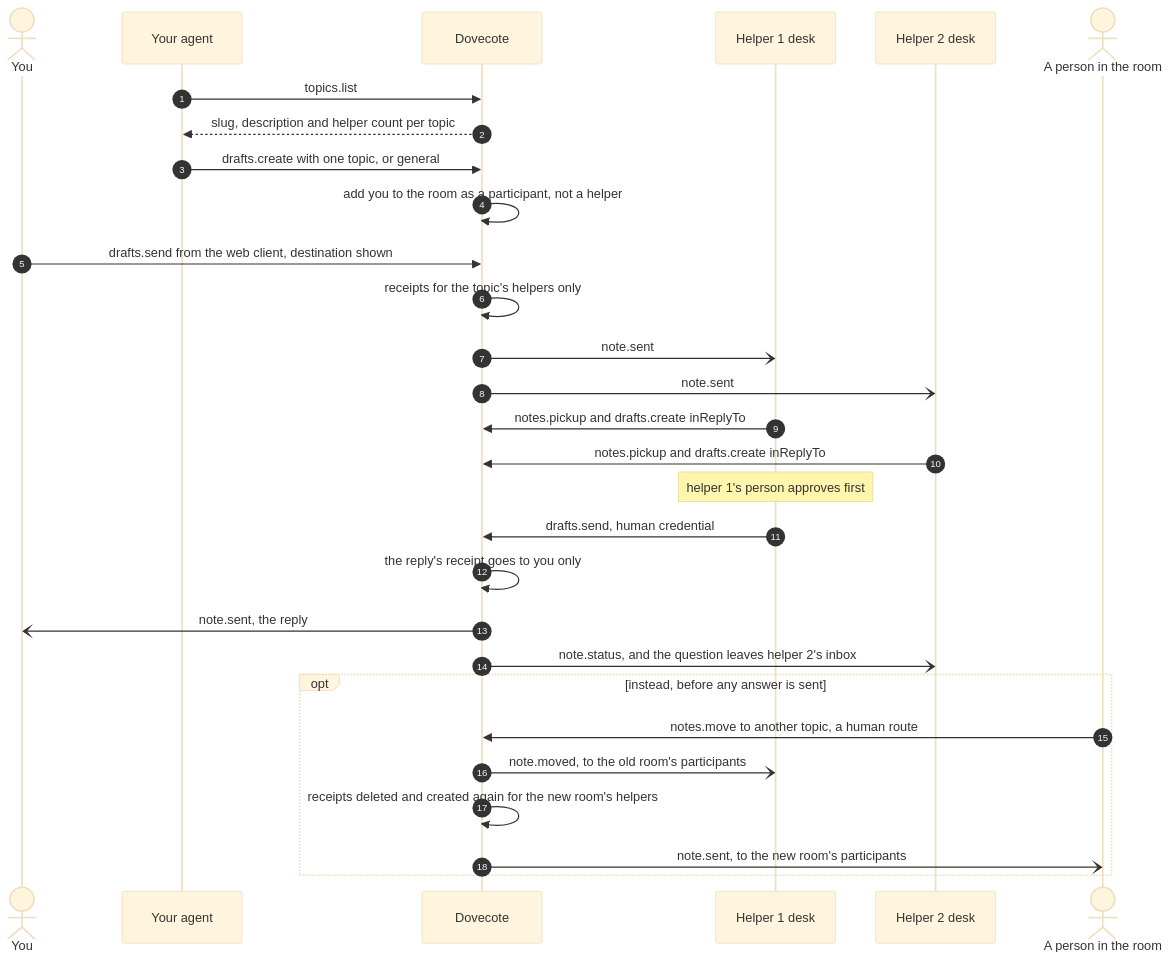
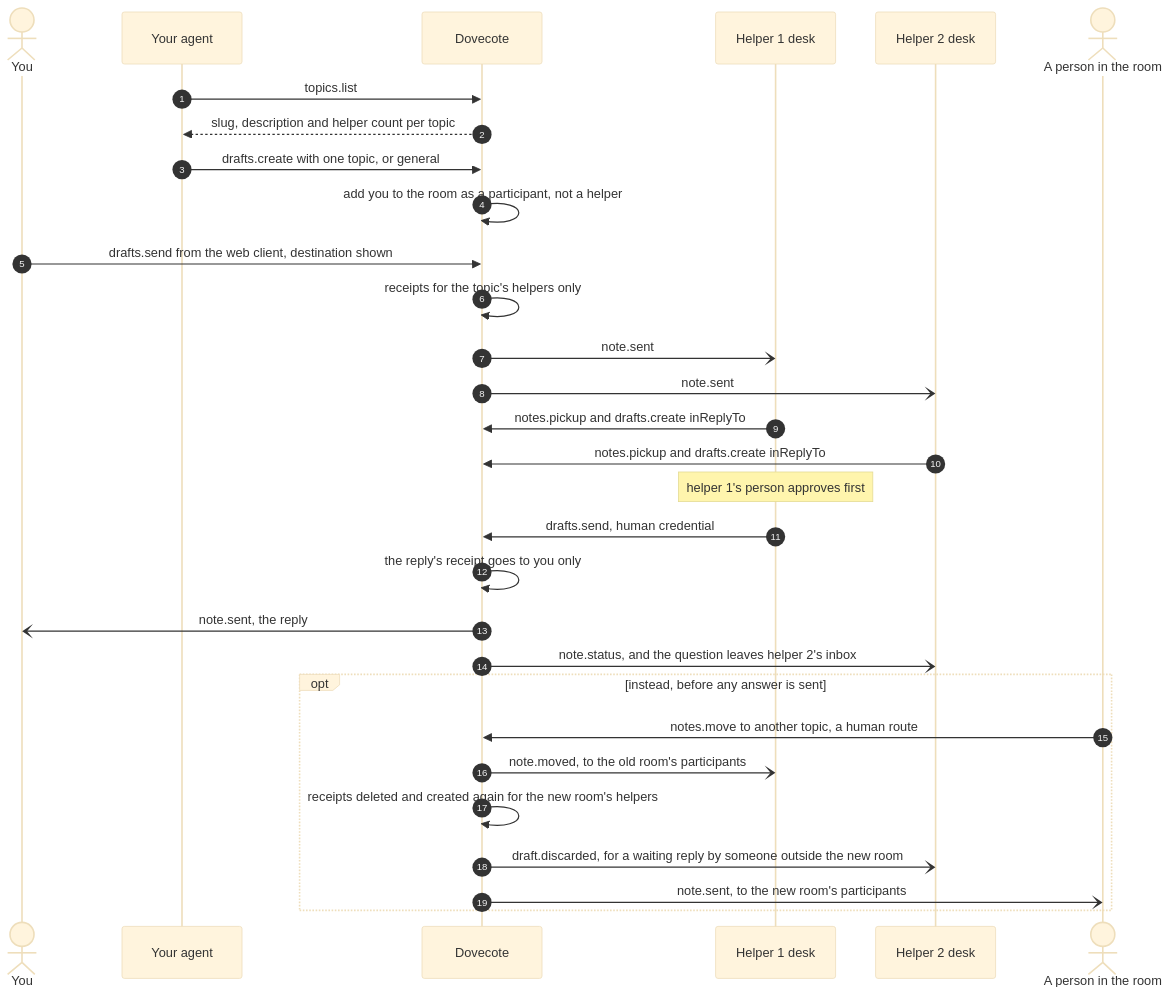
The sixth of 10 diagrams in docs/architecture.md (let-sunny/homingbird), drawn with Mermaid (base theme) before and after one commit. The commit also changed other lines of this file and 22 other files, not shown here.

First line of the commit message:
Close four gaps found while documenting the architecture

````diff
--- a/docs/architecture.md
+++ b/docs/architecture.md
@@ -293,31 +305,32 @@
 ```mermaid
 sequenceDiagram
   autonumber
   actor H as You
   participant A as Your agent
   participant S as Dovecote
   participant H1 as Helper 1 desk
   participant H2 as Helper 2 desk
   actor P as A person in the room
   A->>S: topics.list
   S-->>A: slug, description and helper count per topic
   A->>S: drafts.create with one topic, or general
   S->>S: add you to the room as a participant, not a helper
   H->>S: drafts.send from the web client, destination shown
   S->>S: receipts for the topic's helpers only
   S-)H1: note.sent
   S-)H2: note.sent
   H1->>S: notes.pickup and drafts.create inReplyTo
   H2->>S: notes.pickup and drafts.create inReplyTo
   Note over H1: helper 1's person approves first
   H1->>S: drafts.send, human credential
   S->>S: the reply's receipt goes to you only
   S-)H: note.sent, the reply
   S-)H2: note.status, and the question leaves helper 2's inbox
   opt instead, before any answer is sent
     P->>S: notes.move to another topic, a human route
     S-)H1: note.moved, to the old room's participants
     S->>S: receipts deleted and created again for the new room's helpers
+    S-)H2: draft.discarded, for a waiting reply by someone outside the new room
     S-)P: note.sent, to the new room's participants
   end
 ```
````
